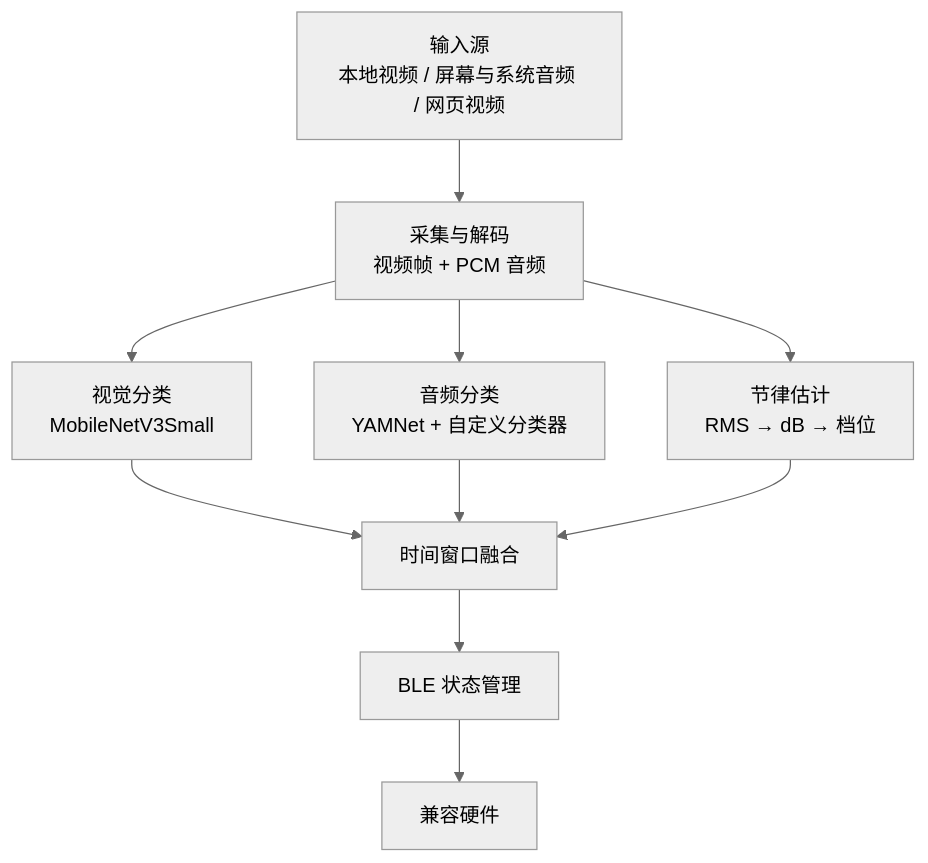
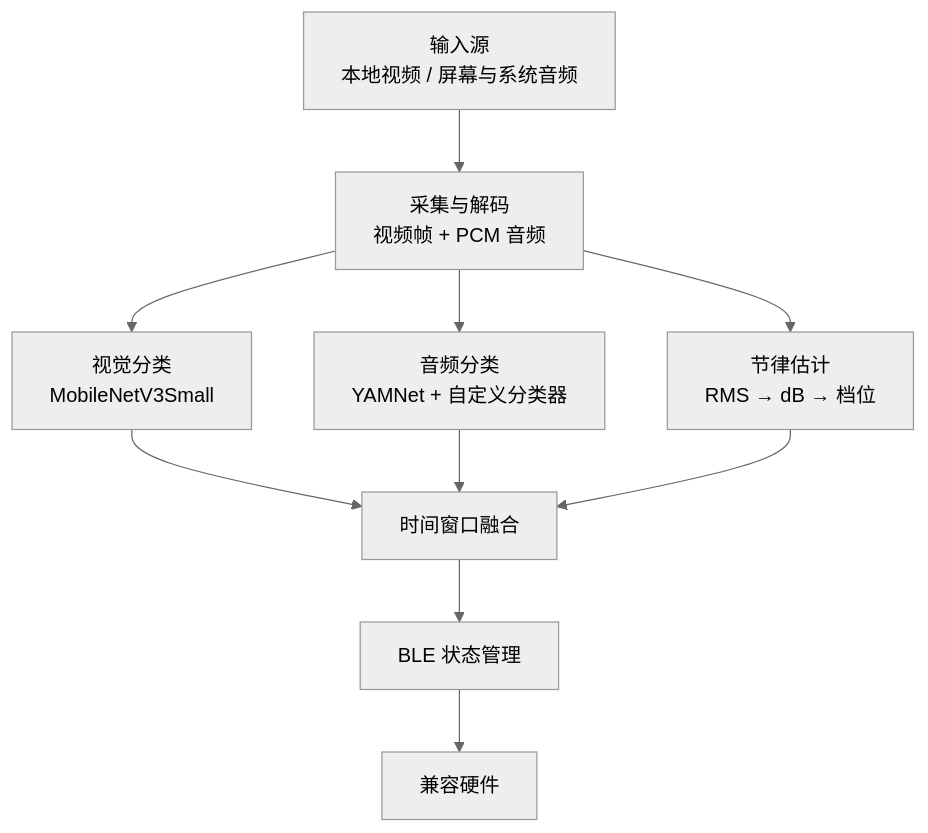
The diagram in README.md (Tingfu-Zhou/xcup-android), drawn with Mermaid (neutral theme) before and after one commit. The commit also changed other lines of this file and 24 other files, not shown here.

````diff
--- a/README.md
+++ b/README.md
@@ -27,12 +28,12 @@
 ```mermaid
 flowchart TB
-    A["输入源<br/>本地视频 / 屏幕与系统音频 / 网页视频"] --> B["采集与解码<br/>视频帧 + PCM 音频"]
+    A["输入源<br/>本地视频 / 屏幕与系统音频"] --> B["采集与解码<br/>视频帧 + PCM 音频"]
     B --> C["视觉分类<br/>MobileNetV3Small"]
     B --> D["音频分类<br/>YAMNet + 自定义分类器"]
     B --> E["节律估计<br/>RMS → dB → 档位"]
     C --> F["时间窗口融合"]
     D --> F
     E --> F
     F --> G["BLE 状态管理"]
     G --> H["兼容硬件"]
 ```
````
